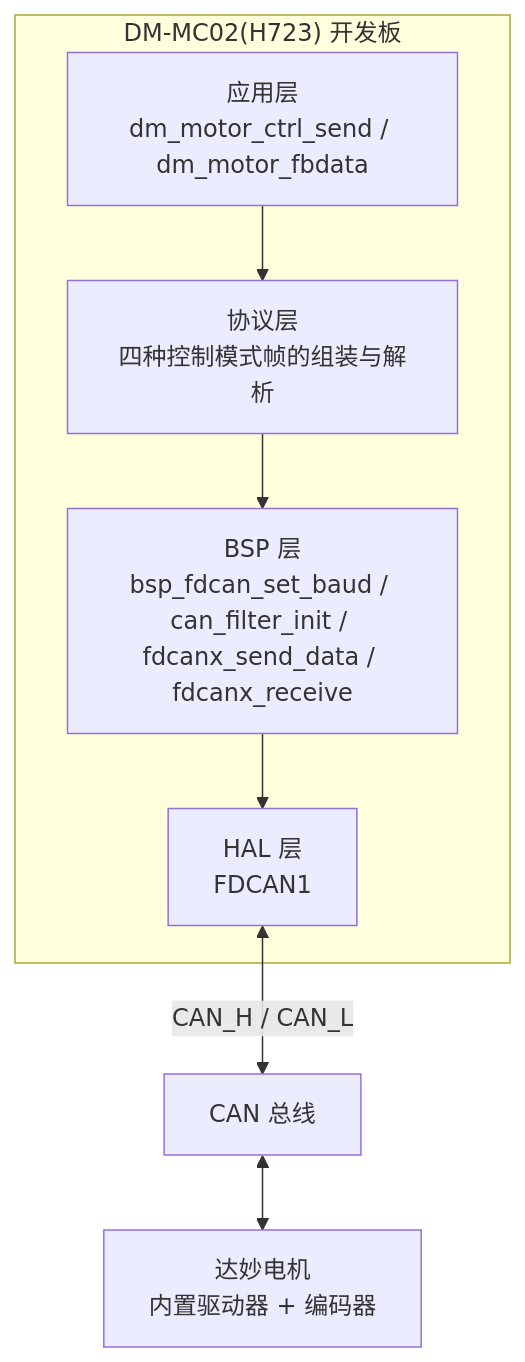
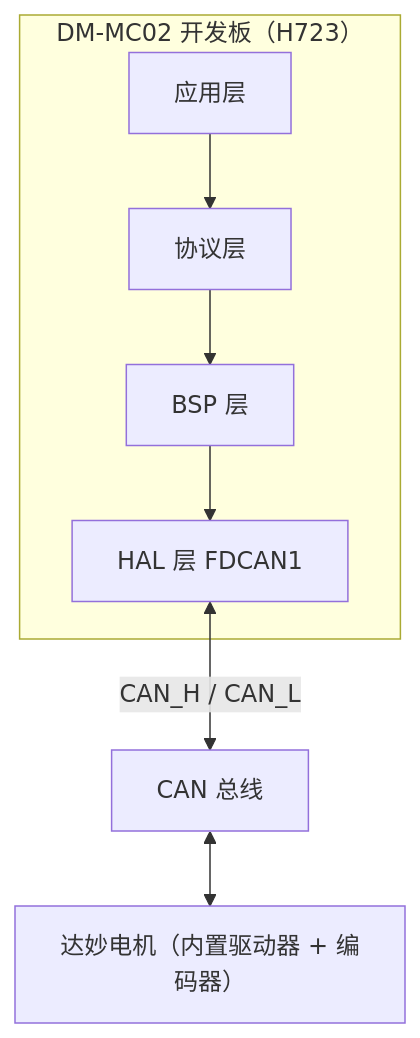
Before and after one commit to cwf323/motor_control: the first of 2 diagrams in DM-MC02(H723)开发板驱动达妙电机.md, drawn with Mermaid. The commit also changed other lines of this file, not shown here.

````diff
--- a/DM-MC02(H723)开发板驱动达妙电机.md
+++ b/DM-MC02(H723)开发板驱动达妙电机.md
@@ -68,12 +70,12 @@
 ```mermaid
 flowchart TD
-    subgraph BOARD["DM-MC02(H723) 开发板"]
-        APP["应用层<br/>dm_motor_ctrl_send / dm_motor_fbdata"]
-        PROTO["协议层<br/>四种控制模式帧的组装与解析"]
-        BSP["BSP 层<br/>bsp_fdcan_set_baud / can_filter_init / fdcanx_send_data / fdcanx_receive"]
-        HAL["HAL 层<br/>FDCAN1"]
+    subgraph BOARD["DM-MC02 开发板（H723）"]
+        APP["应用层"]
+        PROTO["协议层"]
+        BSP["BSP 层"]
+        HAL["HAL 层 FDCAN1"]
         APP --> PROTO --> BSP --> HAL
     end
     HAL <-->|"CAN_H / CAN_L"| BUS["CAN 总线"]
-    BUS <--> MOTOR["达妙电机<br/>内置驱动器 + 编码器"]
+    BUS <--> MOTOR["达妙电机（内置驱动器 + 编码器）"]
 ```
````
